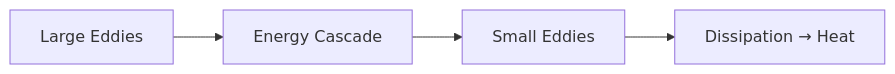
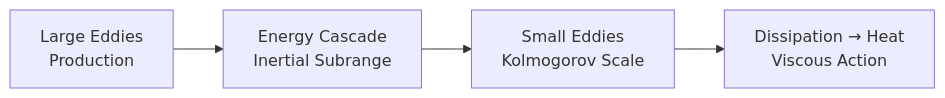
Before and after one commit to wramet/build-my-cfd: the first of 2 diagrams in MODULE_03_SINGLE_PHASE_FLOW/CONTENT/03_TURBULENCE_MODELING/01_Turbulence_Fundamentals.md, drawn with Mermaid. The commit also changed other lines of this file and 54 other files, not shown here.

````diff
--- a/MODULE_03_SINGLE_PHASE_FLOW/CONTENT/03_TURBULENCE_MODELING/01_Turbulence_Fundamentals.md
+++ b/MODULE_03_SINGLE_PHASE_FLOW/CONTENT/03_TURBULENCE_MODELING/01_Turbulence_Fundamentals.md
@@ -41,6 +79,6 @@
 ```mermaid
 flowchart LR
-    A[Large Eddies] --> B[Energy Cascade]
-    B --> C[Small Eddies]
-    C --> D[Dissipation → Heat]
+    A[Large Eddies<br/>Production] --> B[Energy Cascade<br/>Inertial Subrange]
+    B --> C[Small Eddies<br/>Kolmogorov Scale]
+    C --> D[Dissipation → Heat<br/>Viscous Action]
 ```
````
